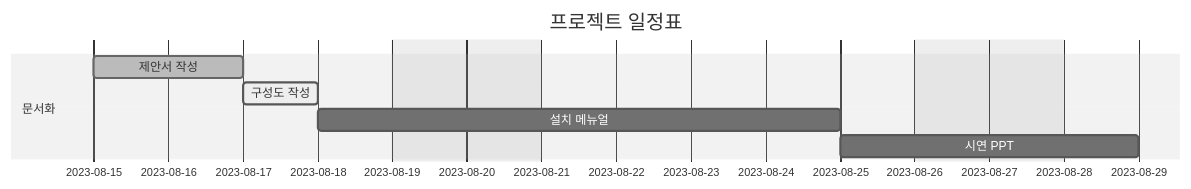
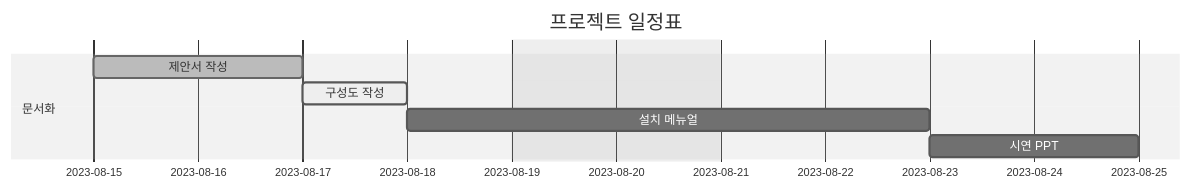
One commit to LOFL404/project1 changed the diagram in README.md. Above: the diagram before and after it, drawn with Mermaid (neutral theme).

````diff
--- a/README.md
+++ b/README.md
@@ -1,16 +1,16 @@
 ```mermaid
 gantt
     dateFormat  YYYY-MM-DD
     axisFormat  %Y-%m-%d
     title       프로젝트 일정표
     excludes    weekends saturday,sunday
     
     section 문서화
     제안서 작성     :done,    a, 2023-08-15, 2d
     구성도 작성     :active,  b, 2023-08-17, 1d
-    설치 메뉴얼     :c, after b, 5d
+    설치 메뉴얼     :c, after b, 3d
     시연 PPT        :after c, 2d
 
     section 구현
     
 ```
````
